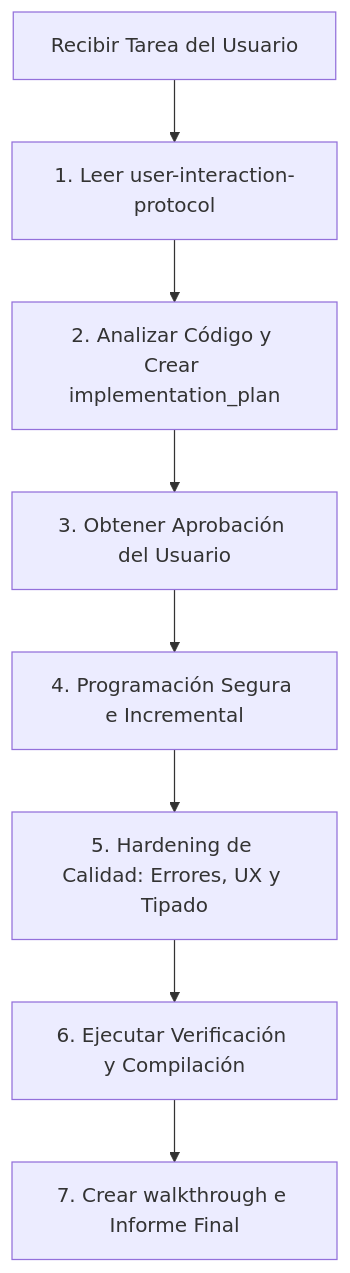
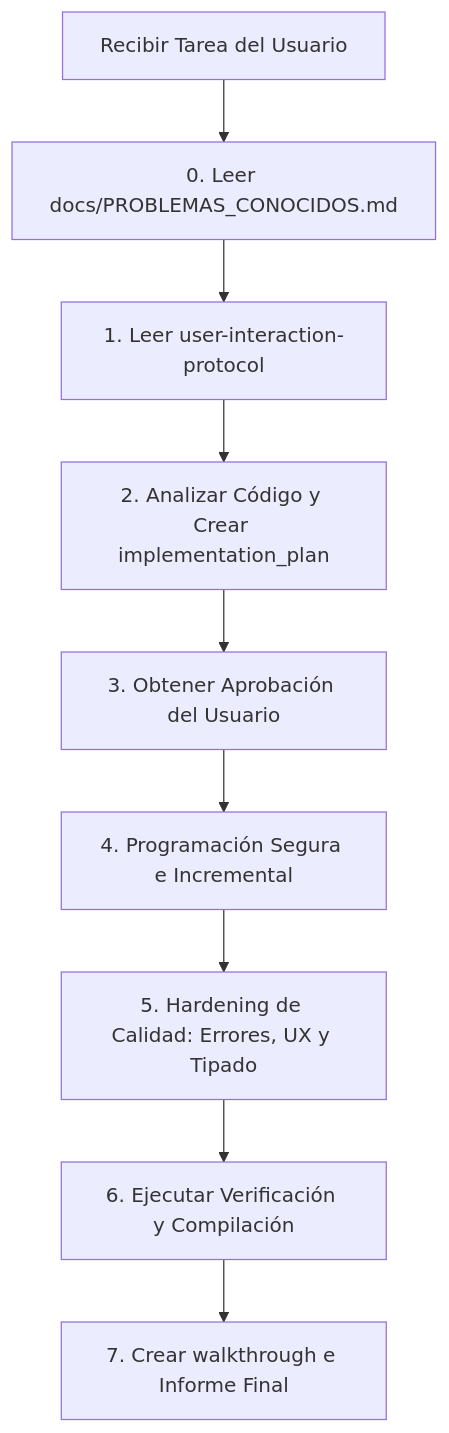
Before and after one commit to vongo97/Agente-BI: the diagram in .codex/skills/user-interaction-protocol/SKILL.md, drawn with Mermaid. The commit also changed other lines of this file and 3 other files, not shown here.

Commit message:
docs(agentes): registro de 41 problemas conocidos + Regla 0 obligatoria (problemas primero, cierre con evidencia, excepcion de evolucion)

````diff
--- a/.codex/skills/user-interaction-protocol/SKILL.md
+++ b/.codex/skills/user-interaction-protocol/SKILL.md
@@ -43,10 +43,11 @@
 ```mermaid
 graph TD
-    Request[Recibir Tarea del Usuario] --> ReadSkill[1. Leer user-interaction-protocol]
+    Request[Recibir Tarea del Usuario] --> ReadIssues[0. Leer docs/PROBLEMAS_CONOCIDOS.md]
+    ReadIssues --> ReadSkill[1. Leer user-interaction-protocol]
     ReadSkill --> AnalyzePlan[2. Analizar Código y Crear implementation_plan]
     AnalyzePlan --> UserApproval[3. Obtener Aprobación del Usuario]
     UserApproval --> CodeWrite[4. Programación Segura e Incremental]
     CodeWrite --> Hardening[5. Hardening de Calidad: Errores, UX y Tipado]
     Hardening --> Verify[6. Ejecutar Verificación y Compilación]
     Verify --> Walkthrough[7. Crear walkthrough e Informe Final]
 ```
````
